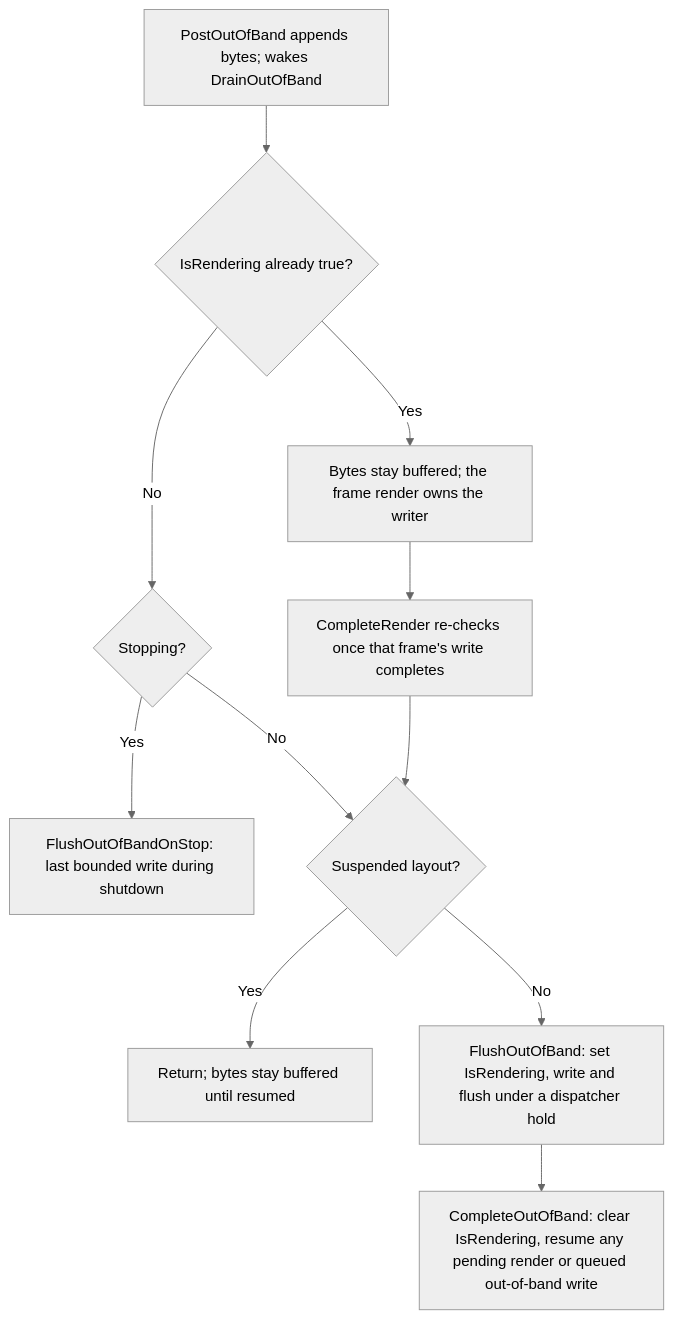
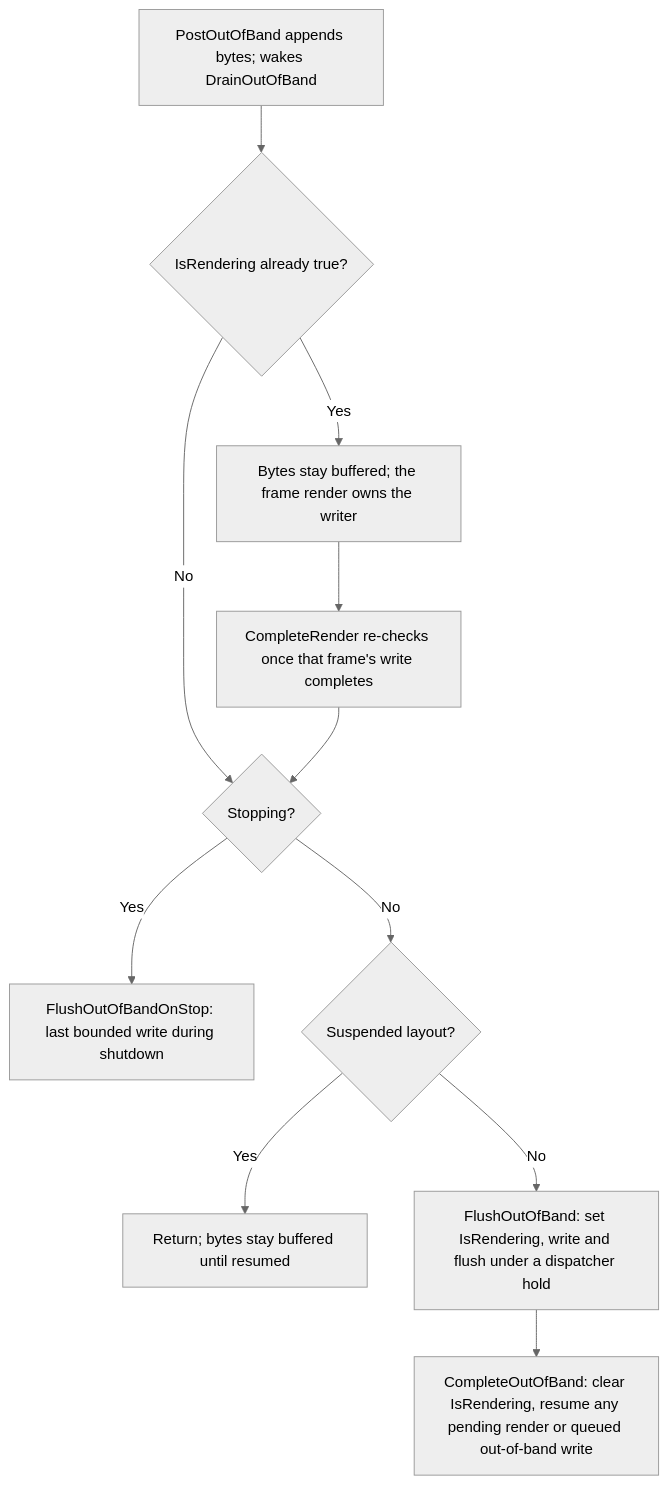
The fourth of 7 diagrams in docs/architecture/runtime-event-loop.md (pavkam/sharp-vision), drawn with Mermaid (neutral theme) before and after one commit. The commit also changed other lines of this file, not shown here.

First line of the commit message:
fixup(docs): route CompleteRender through the Stopping branch, not Suspended

````diff
--- a/docs/architecture/runtime-event-loop.md
+++ b/docs/architecture/runtime-event-loop.md
@@ -199,13 +202,13 @@
 ```mermaid
 flowchart TD
     Post["PostOutOfBand appends bytes; wakes DrainOutOfBand"] --> Rendering{"IsRendering already true?"}
     Rendering -->|Yes| Buffered["Bytes stay buffered; the frame render owns the writer"]
     Buffered --> CompleteRender["CompleteRender re-checks once that frame's write completes"]
     Rendering -->|No| Stopping{"Stopping?"}
     Stopping -->|Yes| FlushOnStop["FlushOutOfBandOnStop: last bounded write during shutdown"]
     Stopping -->|No| Suspended{"Suspended layout?"}
-    CompleteRender --> Suspended
+    CompleteRender --> Stopping
     Suspended -->|Yes| Wait["Return; bytes stay buffered until resumed"]
     Suspended -->|No| Flush["FlushOutOfBand: set IsRendering, write and flush under a dispatcher hold"]
     Flush --> Complete["CompleteOutOfBand: clear IsRendering, resume any pending render or queued out-of-band write"]
 ```
````
